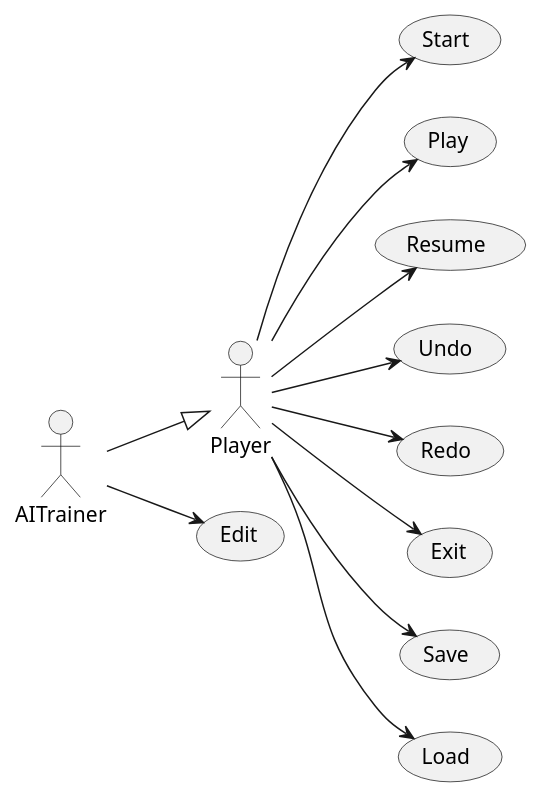
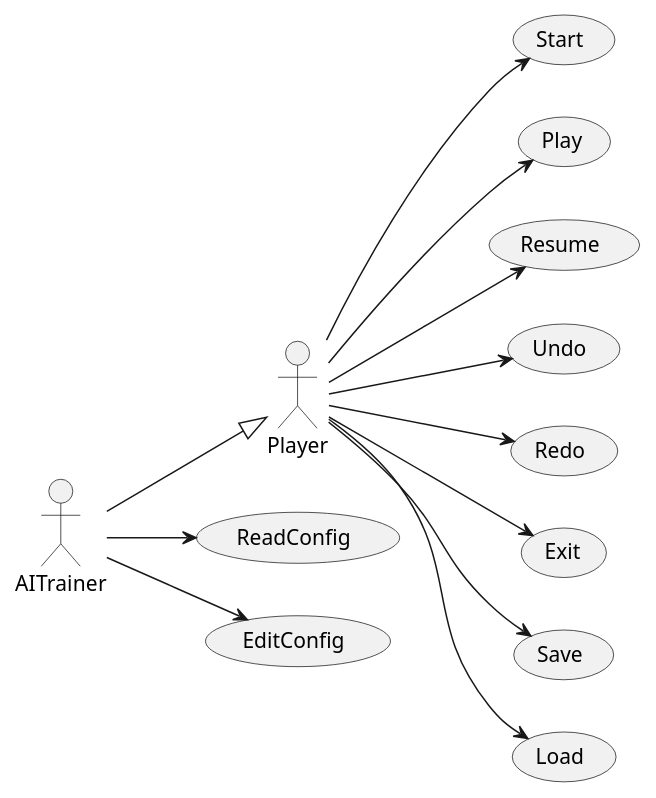
One commit to Master-Desarrollo-20-21/patrones-diseno---practica-final---juego-de-las-damas-fraylopez changed the diagram in docs/src/use-cases/use-cases.plantuml. Above: the diagram before and after it, drawn with PlantUML. The commit also changed 2 other files, not shown here.

```diff
--- a/docs/src/use-cases/use-cases.plantuml
+++ b/docs/src/use-cases/use-cases.plantuml
@@ -1,29 +1,31 @@
 @startuml UseCases
 left to right direction
 actor Player
 actor AITrainer
 
 AITrainer -down-|> Player
 
 usecase Start
 usecase Play
 usecase Resume
 usecase Undo
 usecase Redo
 usecase Exit
 usecase Save
 usecase Load
 
-usecase Edit
+usecase ReadConfig
+usecase EditConfig
 
 Player --> Start
 Player --> Play
 Player --> Undo
 Player --> Redo
 Player --> Exit
 Player --> Save
 Player --> Resume
 Player --> Load
 
-AITrainer --> Edit
+AITrainer --> ReadConfig
+AITrainer --> EditConfig
 @enduml
```
